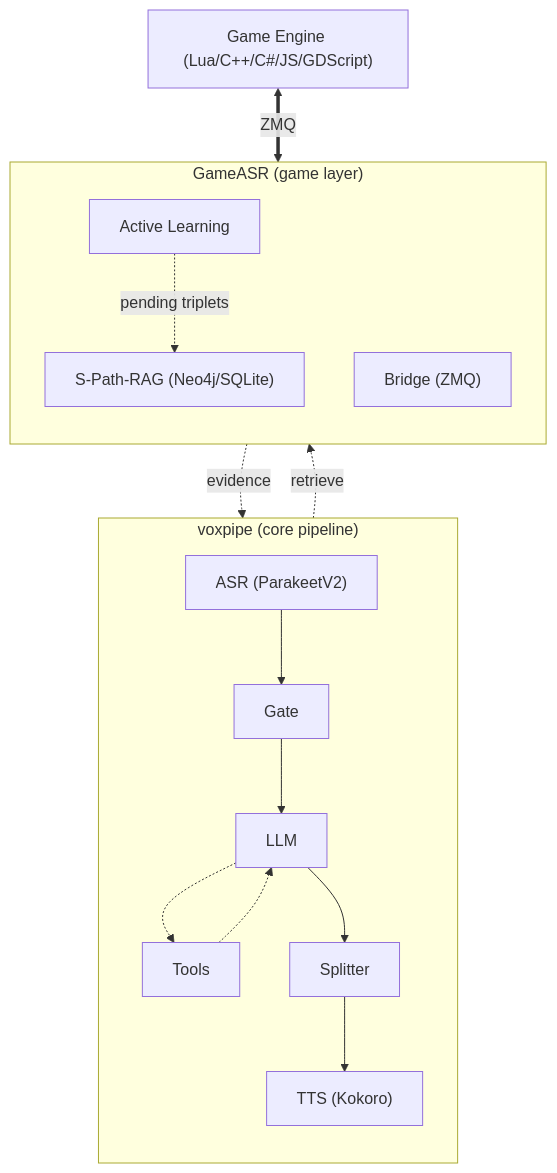
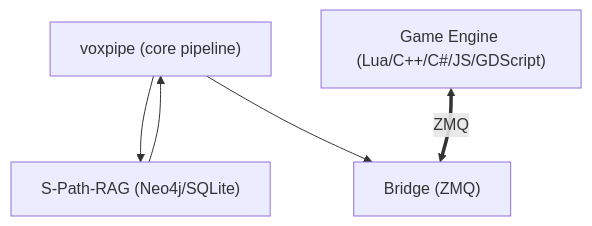
One commit to shervinemp/GameASR changed the diagram in README.md. Above: the diagram before and after it, drawn with Mermaid.

Commit message:
docs: simplify architecture diagram

````diff
--- a/README.md
+++ b/README.md
@@ -9,24 +9,7 @@
 ```mermaid
 flowchart TB
-    subgraph Core["voxpipe (core pipeline)"]
-        direction TB
-        ASR["ASR (ParakeetV2)"] --> Gate
-        Gate --> LLM["LLM"]
-        LLM -.-> Tools["Tools"]
-        Tools -.-> LLM
-        LLM --> Split["Splitter"]
-        Split --> TTS["TTS (Kokoro)"]
-    end
-
-    subgraph Game["GameASR (game layer)"]
-        direction TB
-        RAG["S-Path-RAG (Neo4j/SQLite)"]
-        Bridge["Bridge (ZMQ)"]
-        AL["Active Learning"]
-    end
-
+    Voxpipe["voxpipe (core pipeline)"] --> RAG["S-Path-RAG (Neo4j/SQLite)"]
+    Voxpipe --> Bridge["Bridge (ZMQ)"]
+    RAG --> Voxpipe
     GameClient["Game Engine (Lua/C++/C#/JS/GDScript)"] <==>|ZMQ| Bridge
-    LLM -.->|retrieve| RAG
-    RAG -.->|evidence| LLM
-    AL -.->|pending triplets| RAG
 ```
````
